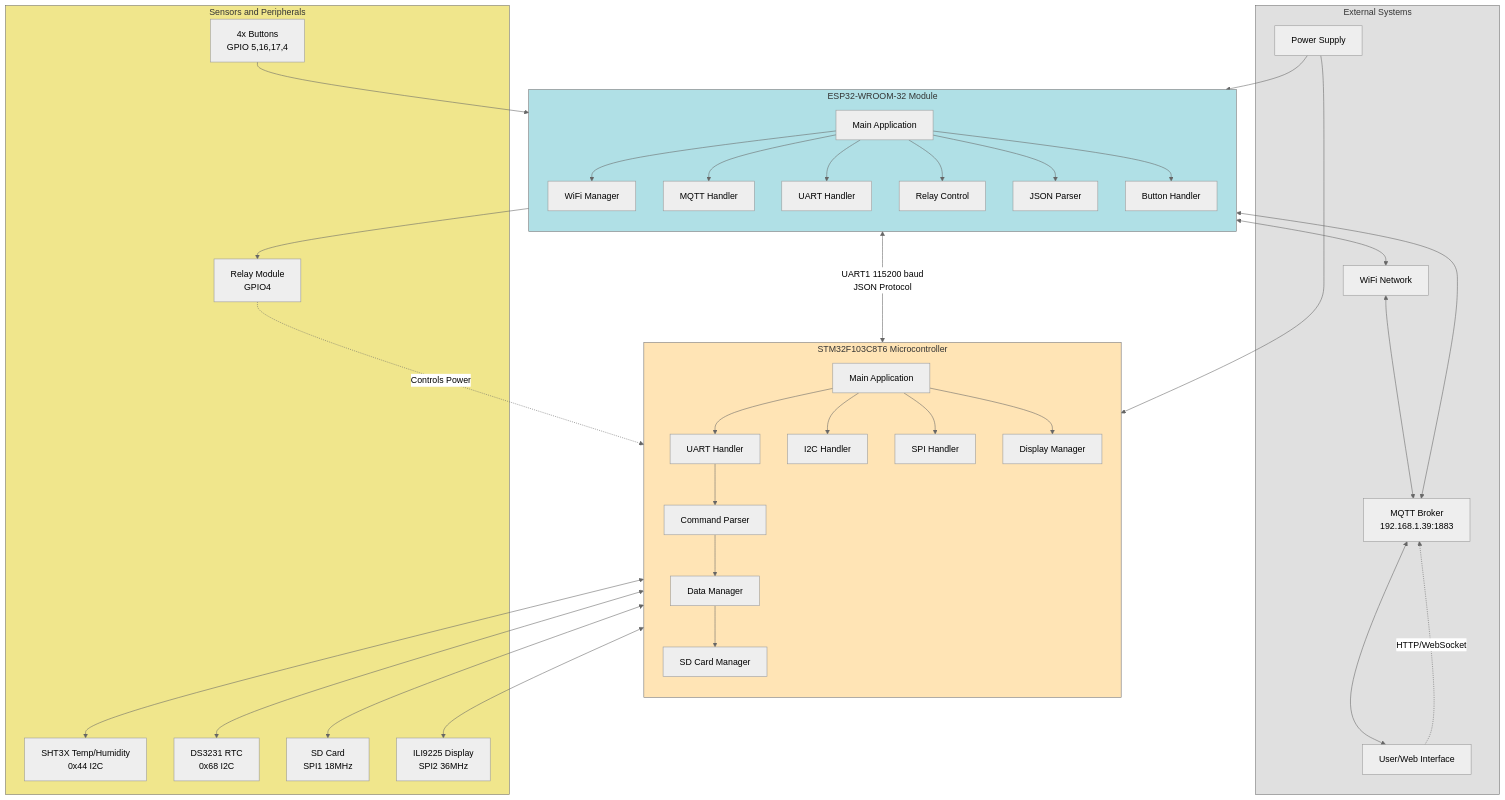
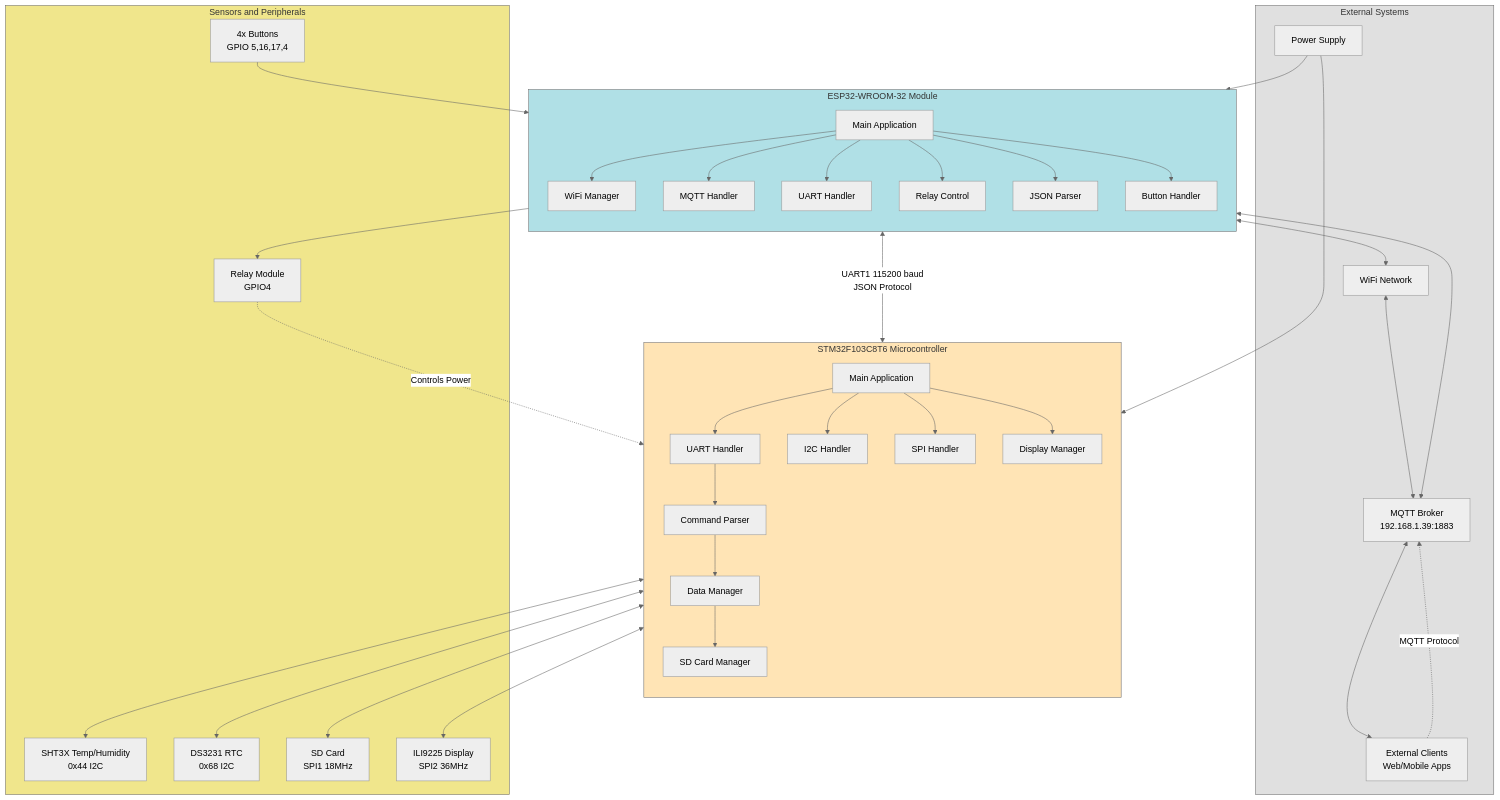
One commit to meeTeam05/datalogger changed the first of 10 diagrams in documents/firmware/UML_DIAGRAM_FIRMWARE.md. Above: the diagram before and after it, drawn with Mermaid (neutral theme). The commit also changed other lines of this file and 1 other file, not shown here.

First line of the commit message:
Reorganize firmware documentation: Move sequence diagram to correct file and refine firmware scope

````diff
--- a/documents/firmware/UML_DIAGRAM_FIRMWARE.md
+++ b/documents/firmware/UML_DIAGRAM_FIRMWARE.md
@@ -7,82 +7,82 @@
 ```mermaid
 graph TB
     subgraph External[External Systems]
-        User[User/Web Interface]
+        User[External Clients<br/>Web/Mobile Apps]
         Power[Power Supply]
         Network[WiFi Network]
         Broker[MQTT Broker<br/>192.168.1.39:1883]
     end
     
     subgraph STM32[STM32F103C8T6 Microcontroller]
         direction TB
         STM32_Main[Main Application]
         STM32_UART[UART Handler]
         STM32_I2C[I2C Handler]
         STM32_SPI[SPI Handler]
         STM32_CMD[Command Parser]
         STM32_DM[Data Manager]
         STM32_SD[SD Card Manager]
         STM32_Display[Display Manager]
         
         STM32_Main --> STM32_UART
         STM32_Main --> STM32_I2C
         STM32_Main --> STM32_SPI
         STM32_UART --> STM32_CMD
         STM32_CMD --> STM32_DM
         STM32_DM --> STM32_SD
         STM32_Main --> STM32_Display
     end
     
     subgraph ESP32[ESP32-WROOM-32 Module]
         direction TB
         ESP32_Main[Main Application]
         ESP32_WiFi[WiFi Manager]
         ESP32_MQTT[MQTT Handler]
         ESP32_UART2[UART Handler]
         ESP32_Relay[Relay Control]
         ESP32_JSON[JSON Parser]
         ESP32_Button[Button Handler]
         
         ESP32_Main --> ESP32_WiFi
         ESP32_Main --> ESP32_MQTT
         ESP32_Main --> ESP32_UART2
         ESP32_Main --> ESP32_Relay
         ESP32_Main --> ESP32_JSON
         ESP32_Main --> ESP32_Button
     end
     
     subgraph Sensors[Sensors and Peripherals]
         SHT3X[SHT3X Temp/Humidity<br/>0x44 I2C]
         RTC[DS3231 RTC<br/>0x68 I2C]
         SD[SD Card<br/>SPI1 18MHz]
         TFT[ILI9225 Display<br/>SPI2 36MHz]
         RelayHW[Relay Module<br/>GPIO4]
         Buttons[4x Buttons<br/>GPIO 5,16,17,4]
     end
     
     Power --> STM32
     Power --> ESP32
     
     STM32_I2C <--> SHT3X
     STM32_I2C <--> RTC
     STM32_SPI <--> SD
     STM32_SPI <--> TFT
     
     STM32_UART <-->|UART1 115200 baud<br/>JSON Protocol| ESP32_UART2
     
     ESP32_WiFi <--> Network
     Network <--> Broker
     ESP32_MQTT <--> Broker
     Broker <--> User
     
     ESP32_Relay --> RelayHW
     Buttons --> ESP32_Button
     RelayHW -.->|Controls Power| STM32
     
-    User -.->|HTTP/WebSocket| Broker
+    User -.->|MQTT Protocol| Broker
     
     style STM32 fill:#FFE4B5
     style ESP32 fill:#B0E0E6
     style External fill:#E0E0E0
     style Sensors fill:#F0E68C
 ```
````
